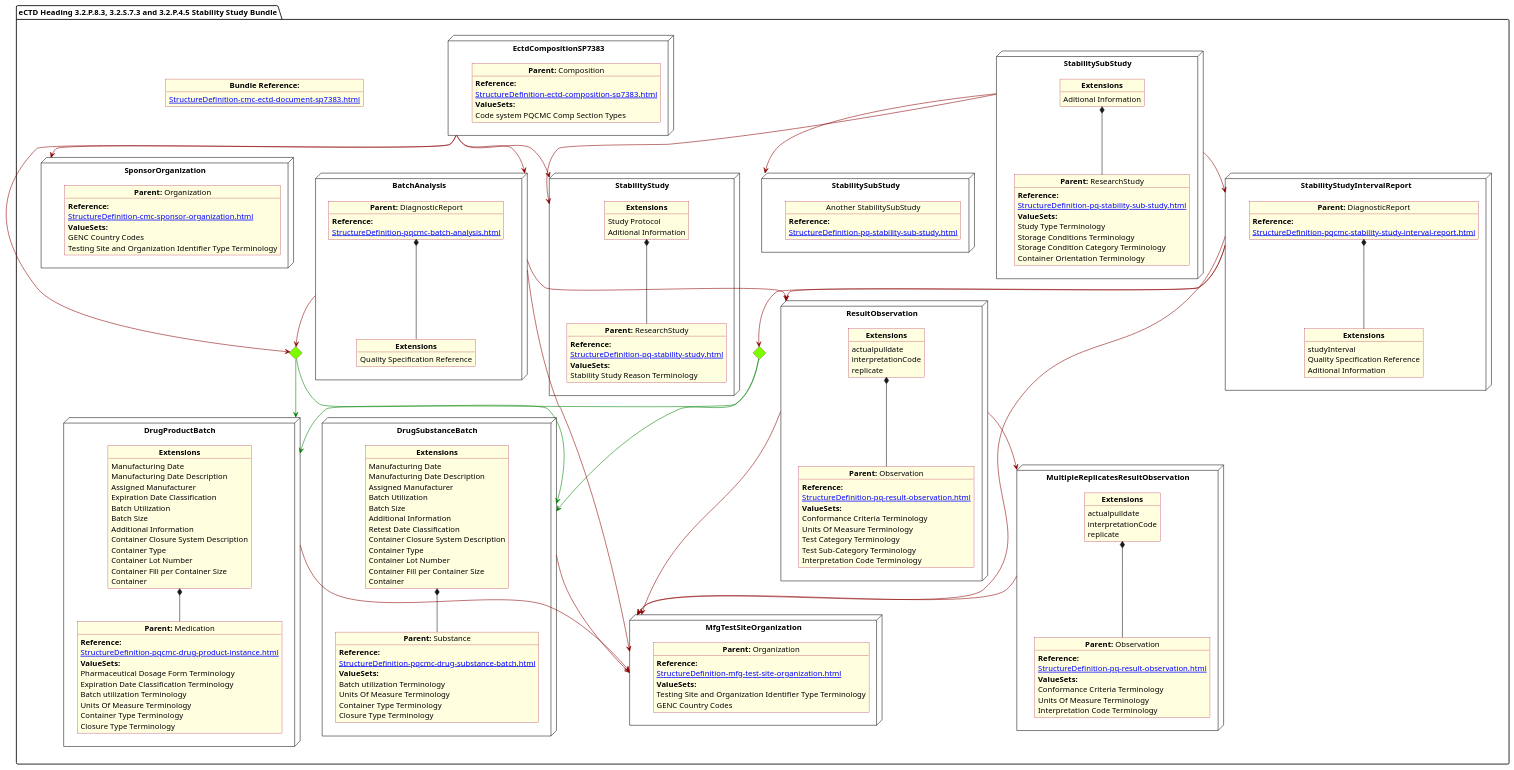
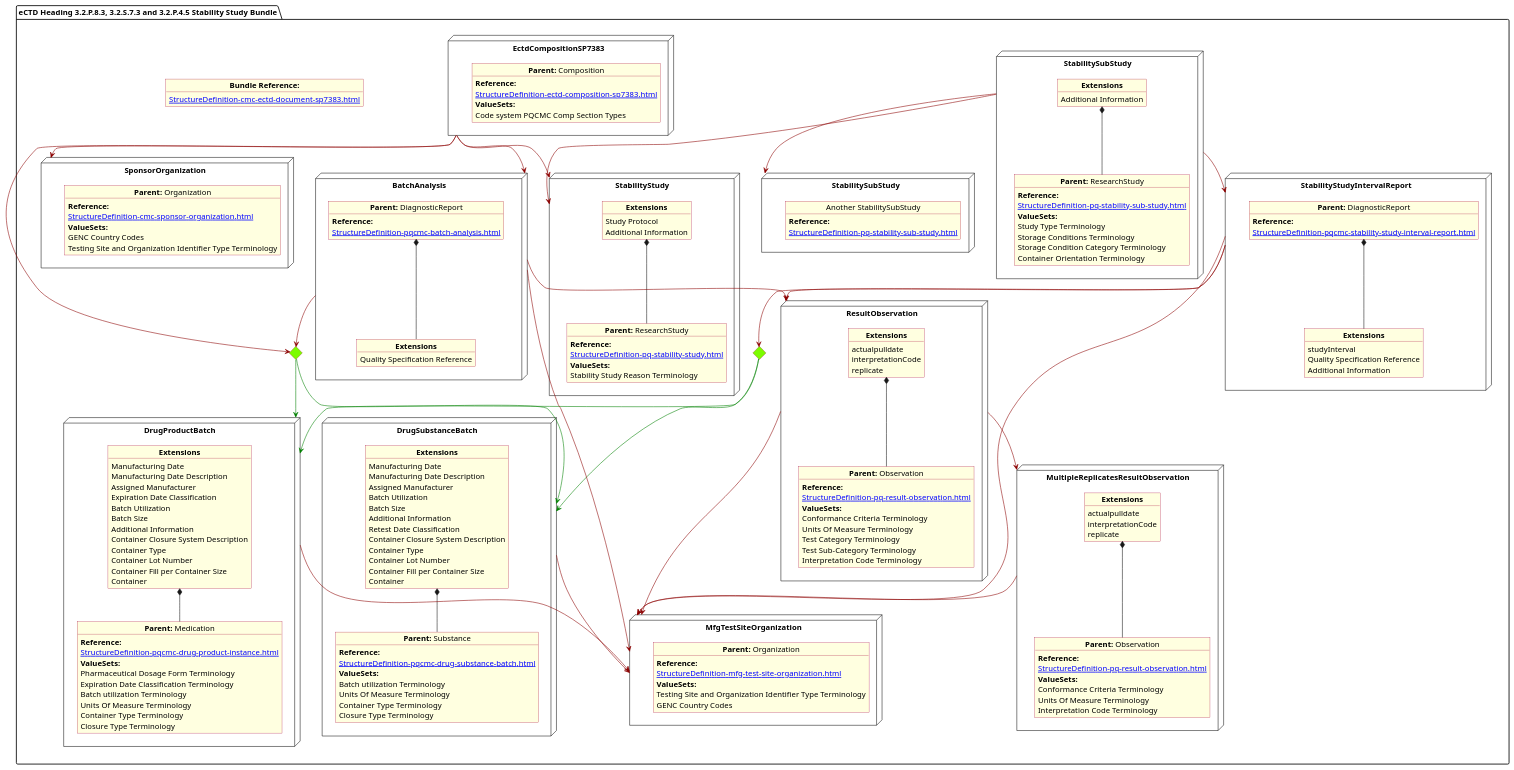
Before and after one commit to HL7/FHIR-us-pq-cmc-fda: the diagram in input/images-source/Stability.plantuml, drawn with PlantUML. The commit also changed 6 other files, not shown here.

```diff
--- a/input/images-source/Stability.plantuml
+++ b/input/images-source/Stability.plantuml
@@ -85,7 +85,7 @@
               object "**Extensions**" as objIntEx {
                      studyInterval
                      Quality Specification Reference
-                     Aditional Information
+                     Additional Information
               }
               objinterval *-- objIntEx
        }
@@ -126,7 +126,7 @@
               }
 
               object "**Extensions**" as objExsSub  {
-                     Aditional Information
+                     Additional Information
               }
               objExsSub *-- objSub
        }
@@ -143,7 +143,7 @@
 
               object "**Extensions**" as objExsMain  {
                      Study Protocol
-                     Aditional Information
+                     Additional Information
               }
               objExsMain *-- objMain
        }
```
